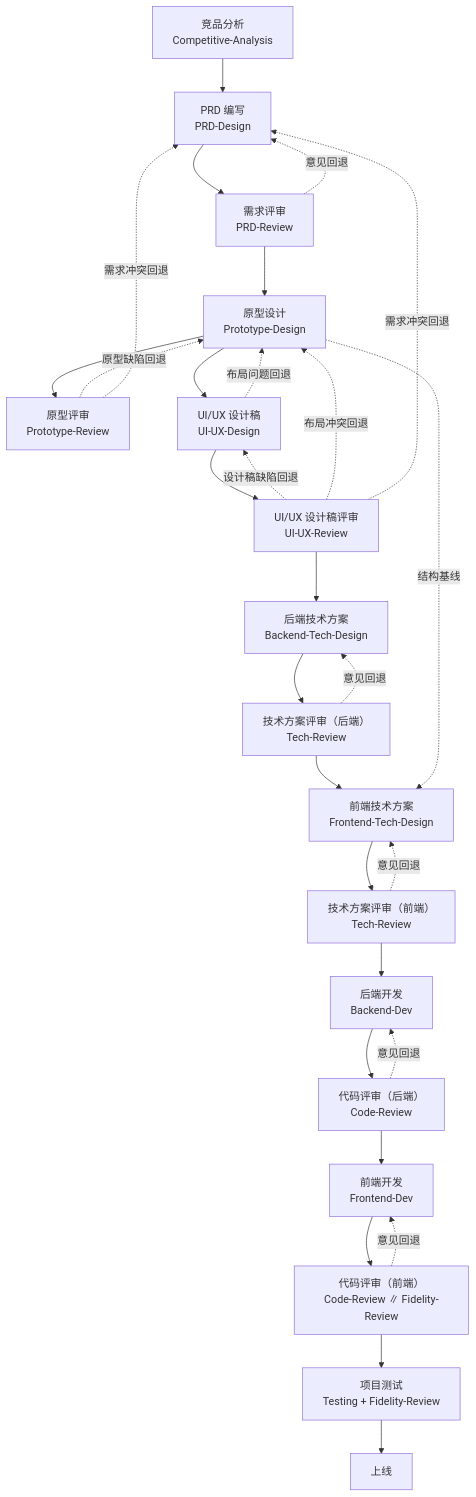
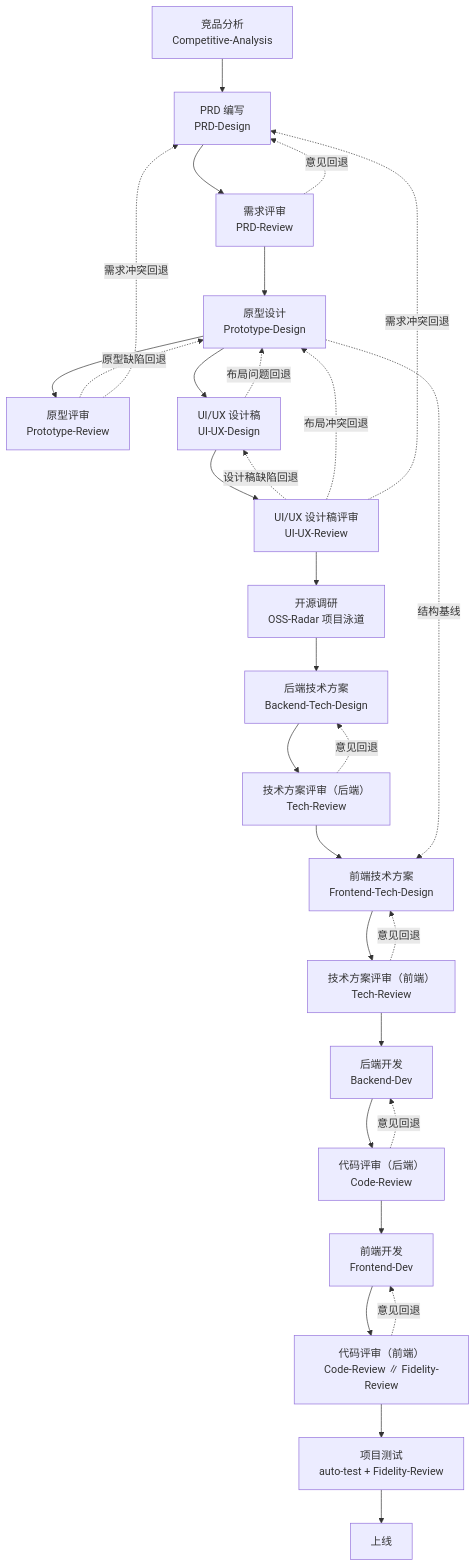
Before and after one commit to tengerfly/tenger-skills: the diagram in README.md, drawn with Mermaid. The commit also changed other lines of this file and 38 other files, not shown here.

````diff
--- a/README.md
+++ b/README.md
@@ -28,31 +28,32 @@
 ```mermaid
 flowchart TD
     CA[竞品分析<br/>Competitive-Analysis] --> PRD[PRD 编写<br/>PRD-Design]
     PRD --> PR[需求评审<br/>PRD-Review]
     PR -. 意见回退 .-> PRD
     PR --> PT[原型设计<br/>Prototype-Design]
     PT --> PTR[原型评审<br/>Prototype-Review]
     PTR -. 原型缺陷回退 .-> PT
     PTR -. 需求冲突回退 .-> PRD
     PT --> UID[UI/UX 设计稿<br/>UI-UX-Design]
     UID -. 布局问题回退 .-> PT
     UID --> UIR[UI/UX 设计稿评审<br/>UI-UX-Review]
     UIR -. 设计稿缺陷回退 .-> UID
     UIR -. 布局冲突回退 .-> PT
     UIR -. 需求冲突回退 .-> PRD
-    UIR --> BTD[后端技术方案<br/>Backend-Tech-Design]
+    UIR --> RAD[开源调研<br/>OSS-Radar 项目泳道]
+    RAD --> BTD[后端技术方案<br/>Backend-Tech-Design]
     BTD --> TRB[技术方案评审（后端）<br/>Tech-Review]
     TRB -. 意见回退 .-> BTD
     TRB --> FTD[前端技术方案<br/>Frontend-Tech-Design]
     PT -. 结构基线 .-> FTD
     FTD --> TRF[技术方案评审（前端）<br/>Tech-Review]
     TRF -. 意见回退 .-> FTD
     TRF --> BD[后端开发<br/>Backend-Dev]
     BD --> CRB[代码评审（后端）<br/>Code-Review]
     CRB -. 意见回退 .-> BD
     CRB --> FD[前端开发<br/>Frontend-Dev]
     FD --> CRF[代码评审（前端）<br/>Code-Review ∥ Fidelity-Review]
     CRF -. 意见回退 .-> FD
-    CRF --> T[项目测试<br/>Testing + Fidelity-Review]
+    CRF --> T[项目测试<br/>auto-test + Fidelity-Review]
     T --> DONE[上线]
 ```
````
